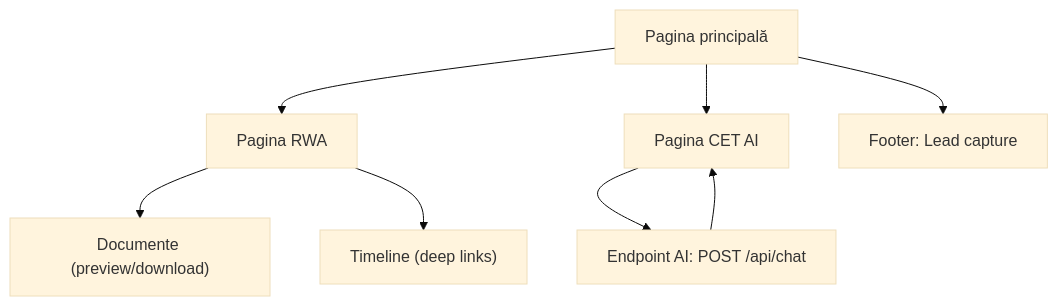
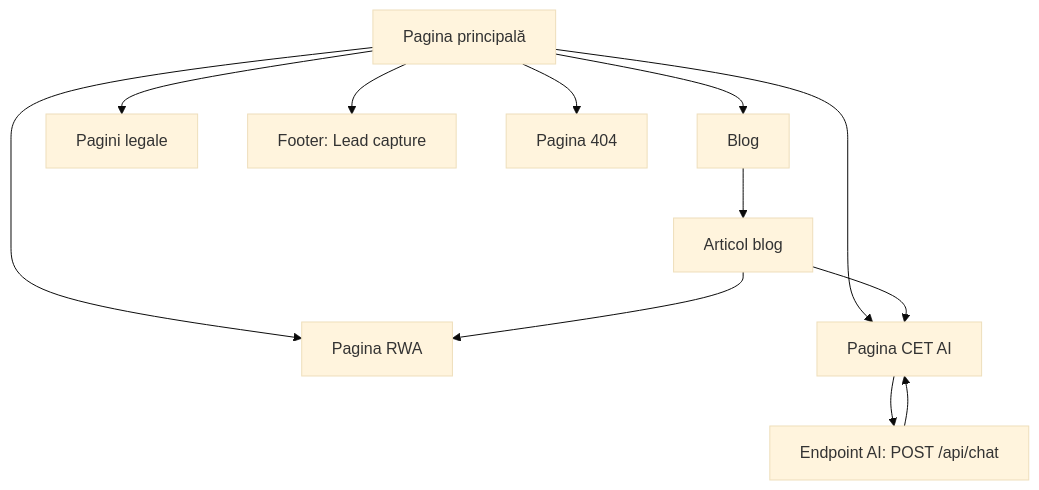
The diagram in .trae/documents/PRD_TASK05-10_RWA_CETAI_UI_SEO.md (aamclaudiu-hash/solaris-cet), drawn with Mermaid (base theme) before and after one commit. The commit also changed other lines of this file and 49 other files, not shown here.

````diff
--- a/.trae/documents/PRD_TASK05-10_RWA_CETAI_UI_SEO.md
+++ b/.trae/documents/PRD_TASK05-10_RWA_CETAI_UI_SEO.md
@@ -44,10 +54,14 @@
 ```mermaid
 graph TD
   A["Pagina principală"] --> B["Pagina RWA"]
   A --> C["Pagina CET AI"]
+  A --> H["Blog"]
+  A --> I["Pagini legale"]
   A --> G["Footer: Lead capture"]
-  B --> D["Documente (preview/download)"]
-  B --> E["Timeline (deep links)"]
+  H --> J["Articol blog"]
+  J --> B
+  J --> C
   C --> F["Endpoint AI: POST /api/chat"]
   F --> C
+  A --> K["Pagina 404"]
 ```
````
